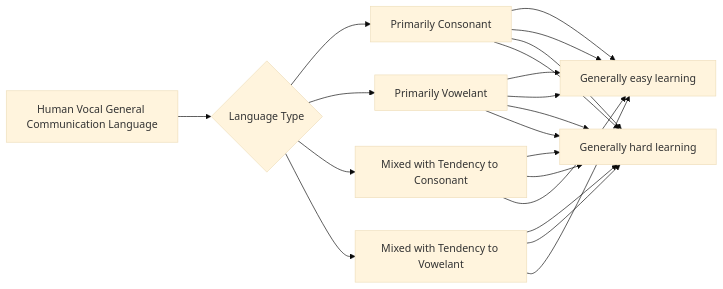
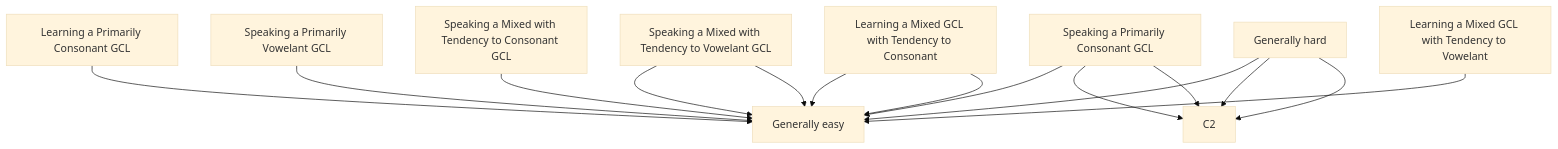
Before and after one commit to bendqh1/mermaid: the diagram in general_communication_languages_categorization_for_learning.md, drawn with Mermaid (base theme). The commit also changed other lines of this file, not shown here.

````diff
--- a/general_communication_languages_categorization_for_learning.md
+++ b/general_communication_languages_categorization_for_learning.md
@@ -14,20 +14,27 @@
 ```mermaid
-flowchart LR
+flowchart TD
 
-  A[Human Vocal General Communication Language] --> B{Language Type}
-  B --> B1[Primarily Consonant]
-  B --> B2[Primarily Vowelant]
-  B --> B3[Mixed with Tendency to Consonant]
-  B --> B4[Mixed with Tendency to Vowelant]
+  A1[Speaking a Primarily Consonant GCL]
+  A2[Speaking a Primarily Vowelant GCL]
+  A3[Speaking a Mixed with Tendency to Consonant GCL]
+  A4[Speaking a Mixed with Tendency to Vowelant GCL]
 
-  C1[Generally easy learning]
-  C2[Generally hard learning]
+  B1[Learning a Primarily Consonant GCL]
+  B2[Learning a Primarily Vowelant GCL]
+  B3[Learning a Mixed GCL with Tendency to Consonant]
+  B4[Learning a Mixed GCL with Tendency to Vowelant]
+
+  C1[Generally easy]
+  B2[Generally hard]
   
-  B1 & B1 --> C1
-  B2 & B2 --> C1
-  B1 & B3 --> C2
-  B1 & B4 --> C2
-  B2 & B3 --> C2
-  B2 & B4 --> C2
+  A1 & B1 --> C1
+  A2 & B2 --> C1
+
+  A1 & B2 --> C2
+  B2 & A1 --> C2
+
+  A3 & B3 --> C1
+  A4 & A4 --> C1
+
   B3 & B4 --> C1
 ```
````
